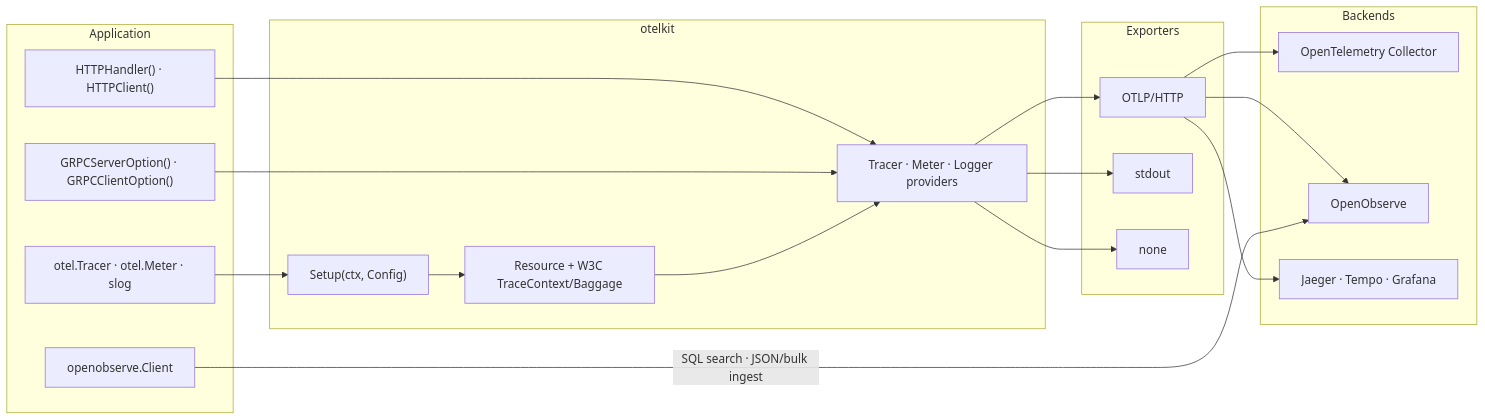
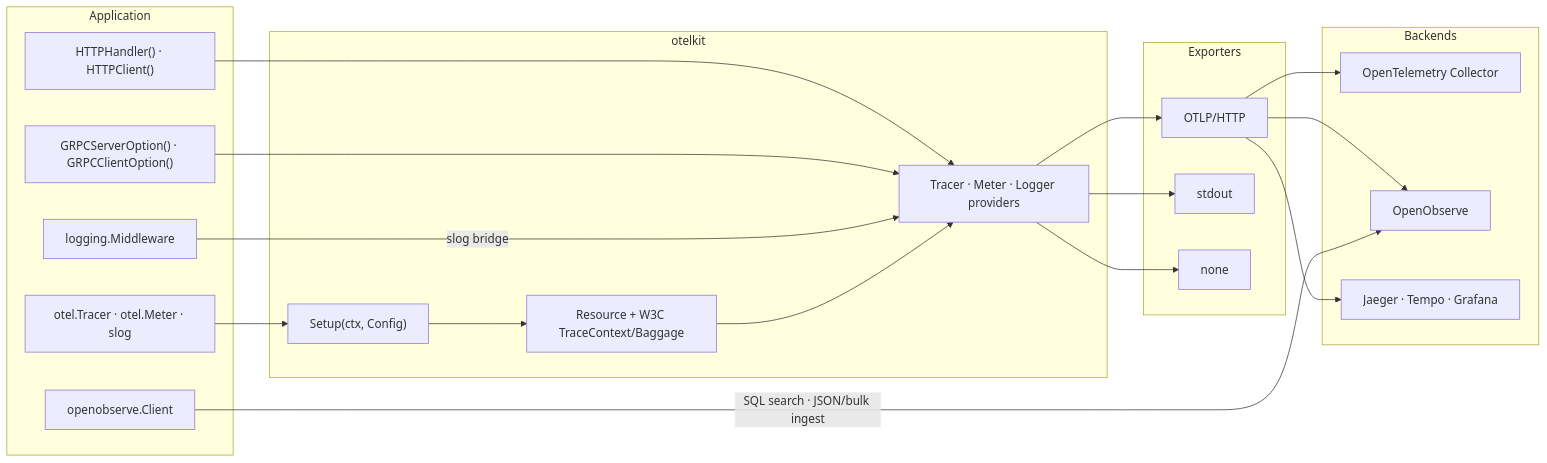
One commit to semmidev/otelkit changed the diagram in README.md. Above: the diagram before and after it, drawn with Mermaid. The commit also changed other lines of this file and 8 other files, not shown here.

````diff
--- a/README.md
+++ b/README.md
@@ -44,39 +46,41 @@
 ```mermaid
 flowchart LR
     subgraph App["Application"]
         Code["otel.Tracer · otel.Meter · slog"]
         HTTP["HTTPHandler() · HTTPClient()"]
         GRPC["GRPCServerOption() · GRPCClientOption()"]
+        Log["logging.Middleware"]
         OBSDK["openobserve.Client"]
     end
 
     subgraph Kit["otelkit"]
         Setup["Setup(ctx, Config)"]
         Resource["Resource + W3C TraceContext/Baggage"]
         Providers["Tracer · Meter · Logger providers"]
     end
 
     subgraph Exporters["Exporters"]
         OTLP["OTLP/HTTP"]
         Stdout["stdout"]
         None["none"]
     end
 
     subgraph Backends["Backends"]
         Collector["OpenTelemetry Collector"]
         OpenObserve["OpenObserve"]
         Other["Jaeger · Tempo · Grafana"]
     end
 
     Code --> Setup
     HTTP --> Providers
     GRPC --> Providers
+    Log -->|"slog bridge"| Providers
     Setup --> Resource --> Providers
     Providers --> OTLP
     Providers --> Stdout
     Providers --> None
     OTLP --> Collector
     OTLP --> OpenObserve
     OTLP --> Other
     OBSDK -->|"SQL search · JSON/bulk ingest"| OpenObserve
 ```
````
